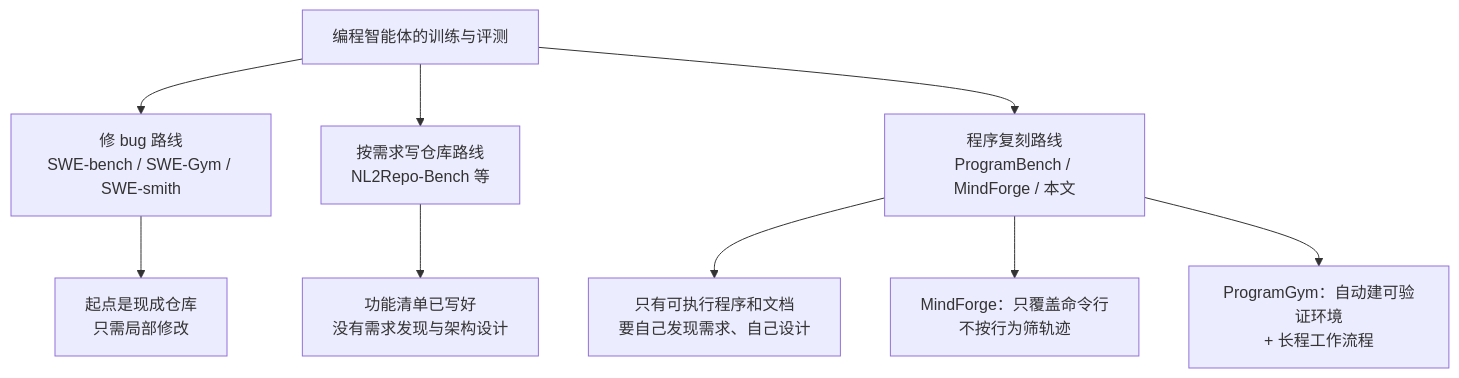
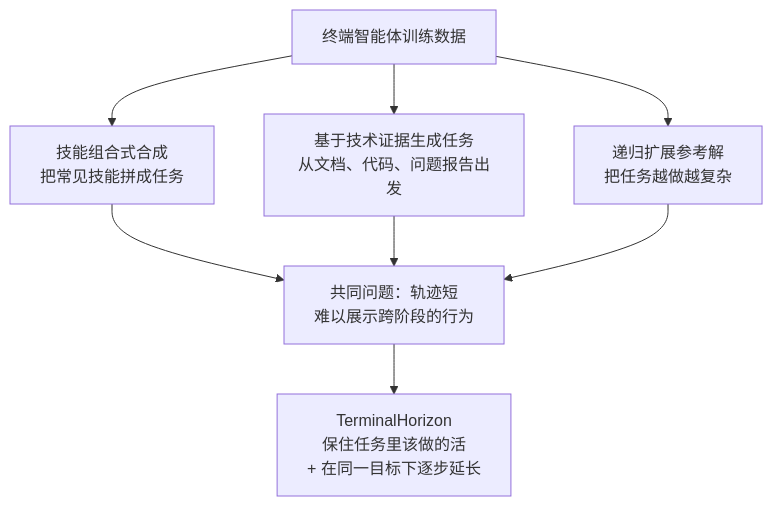
The first of 3 diagrams in docs/index.md (yingwang/paper-reads), drawn with Mermaid before and after one commit. The commit also changed other lines of this file and 2 other files, not shown here.

First line of the commit message:
Add 2026-10-13-terminalhorizon-long-horizon-terminal-agents

````diff
--- a/docs/index.md
+++ b/docs/index.md
@@ -75,11 +63,10 @@
 ```mermaid
 graph TD
-    A[编程智能体的训练与评测] --> B[修 bug 路线<br/>SWE-bench / SWE-Gym / SWE-smith]
-    A --> C[按需求写仓库路线<br/>NL2Repo-Bench 等]
-    A --> D[程序复刻路线<br/>ProgramBench / MindForge / 本文]
-    B --> B1[起点是现成仓库<br/>只需局部修改]
-    C --> C1[功能清单已写好<br/>没有需求发现与架构设计]
-    D --> D1[只有可执行程序和文档<br/>要自己发现需求、自己设计]
-    D --> D2[MindForge：只覆盖命令行<br/>不按行为筛轨迹]
-    D --> D3[ProgramGym：自动建可验证环境<br/>+ 长程工作流程]
+    A[终端智能体训练数据] --> B[技能组合式合成<br/>把常见技能拼成任务]
+    A --> C[基于技术证据生成任务<br/>从文档、代码、问题报告出发]
+    A --> D[递归扩展参考解<br/>把任务越做越复杂]
+    B --> E[共同问题：轨迹短<br/>难以展示跨阶段的行为]
+    C --> E
+    D --> E
+    E --> F[TerminalHorizon<br/>保住任务里该做的活<br/>+ 在同一目标下逐步延长]
 ```
````
